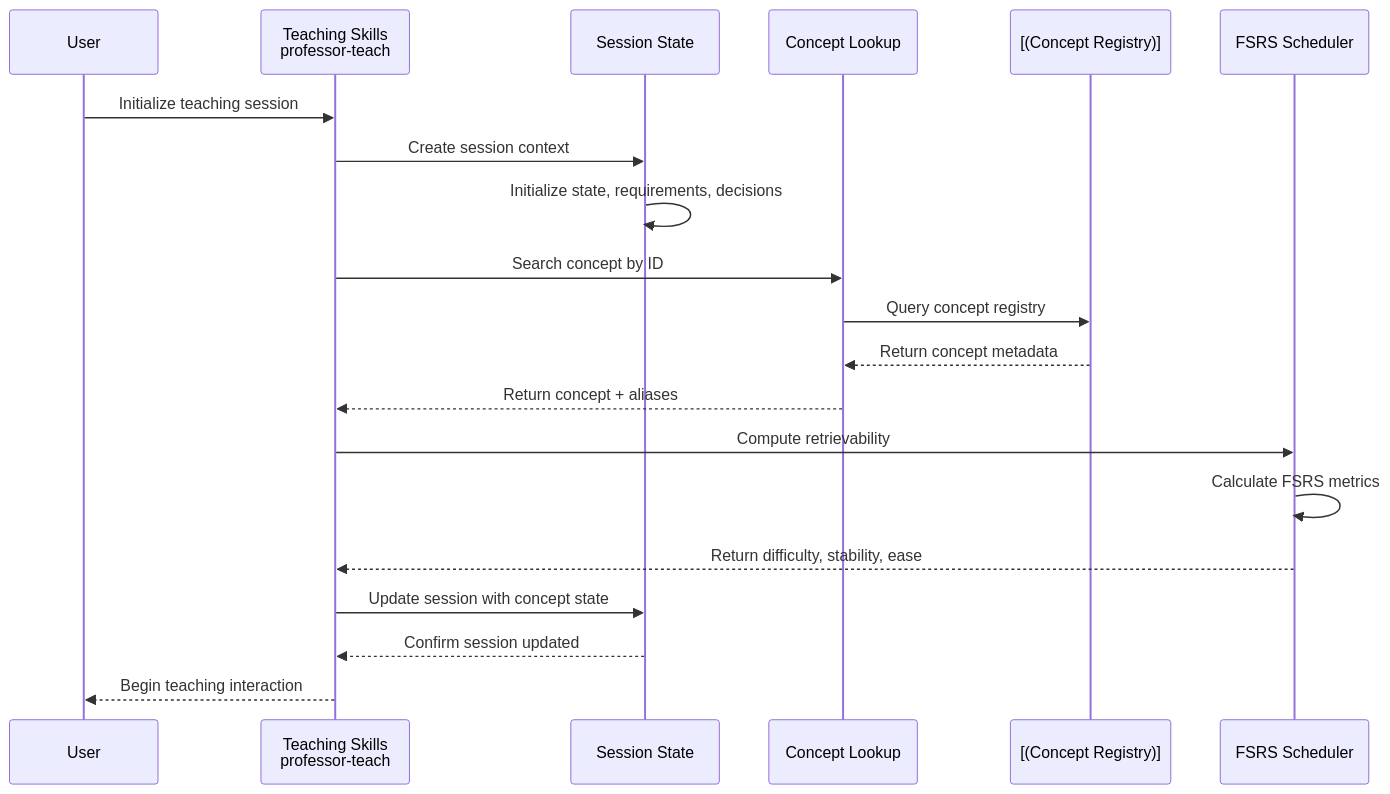
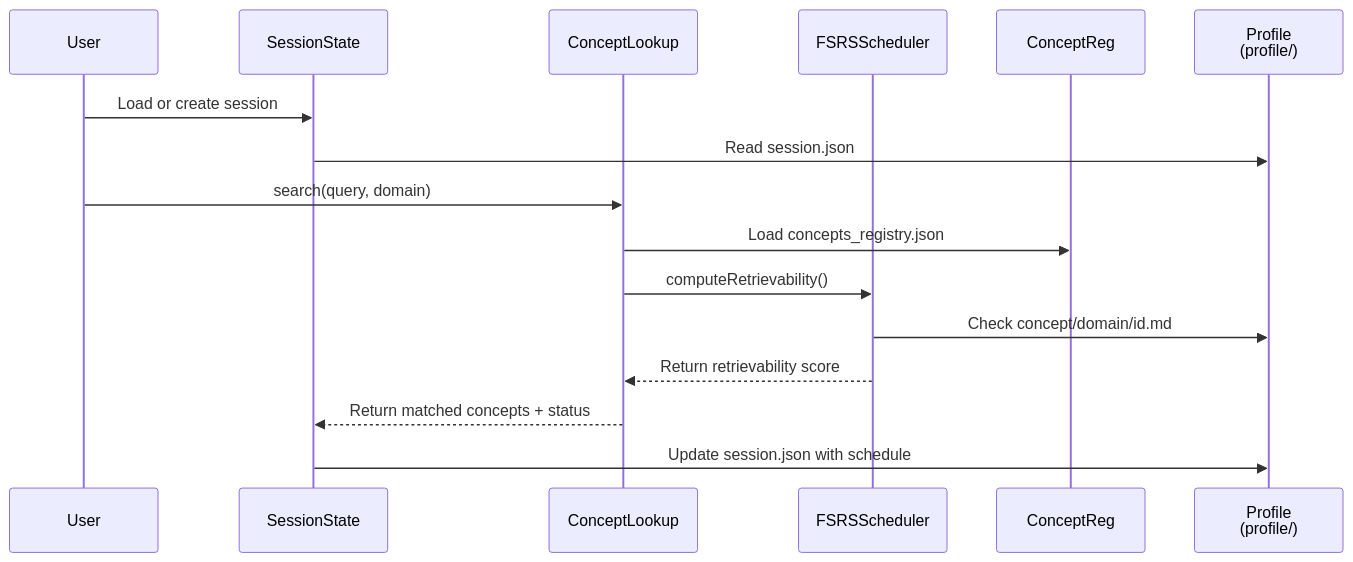
One commit to theadityamittal/claude-professor changed the second of 4 diagrams in docs/professor/architecture/data-flow.md. Above: the diagram before and after it, drawn with Mermaid. The commit also changed other lines of this file and 16 other files, not shown here.

First line of the commit message:
docs: regenerate architecture for v4.0.0

````diff
--- a/docs/professor/architecture/data-flow.md
+++ b/docs/professor/architecture/data-flow.md
@@ -77,27 +80,19 @@
 ```mermaid
 sequenceDiagram
     participant User
-    participant TeachingSkill as Teaching Skills<br/>professor-teach
-    participant SessionMgr as Session State
-    participant ConceptLookup as Concept Lookup
-    participant ConceptRegistry as [(Concept Registry)]
-    participant FsrsScheduler as FSRS Scheduler
+    participant SessionState
+    participant ConceptLookup
+    participant FSRSScheduler
+    participant ConceptReg
+    participant ProfileDir as Profile<br/>(profile/)
     
-    User->>TeachingSkill: Initialize teaching session
-    TeachingSkill->>SessionMgr: Create session context
-    SessionMgr->>SessionMgr: Initialize state, requirements, decisions
-    
-    TeachingSkill->>ConceptLookup: Search concept by ID
-    ConceptLookup->>ConceptRegistry: Query concept registry
-    ConceptRegistry-->>ConceptLookup: Return concept metadata
-    ConceptLookup-->>TeachingSkill: Return concept + aliases
-    
-    TeachingSkill->>FsrsScheduler: Compute retrievability
-    FsrsScheduler->>FsrsScheduler: Calculate FSRS metrics
-    FsrsScheduler-->>TeachingSkill: Return difficulty, stability, ease
-    
-    TeachingSkill->>SessionMgr: Update session with concept state
-    SessionMgr-->>TeachingSkill: Confirm session updated
-    
-    TeachingSkill-->>User: Begin teaching interaction
+    User->>SessionState: Load or create session
+    SessionState->>ProfileDir: Read session.json
+    User->>ConceptLookup: search(query, domain)
+    ConceptLookup->>ConceptReg: Load concepts_registry.json
+    ConceptLookup->>FSRSScheduler: computeRetrievability()
+    FSRSScheduler->>ProfileDir: Check concept/domain/id.md
+    FSRSScheduler-->>ConceptLookup: Return retrievability score
+    ConceptLookup-->>SessionState: Return matched concepts + status
+    SessionState->>ProfileDir: Update session.json with schedule
 ```
````
